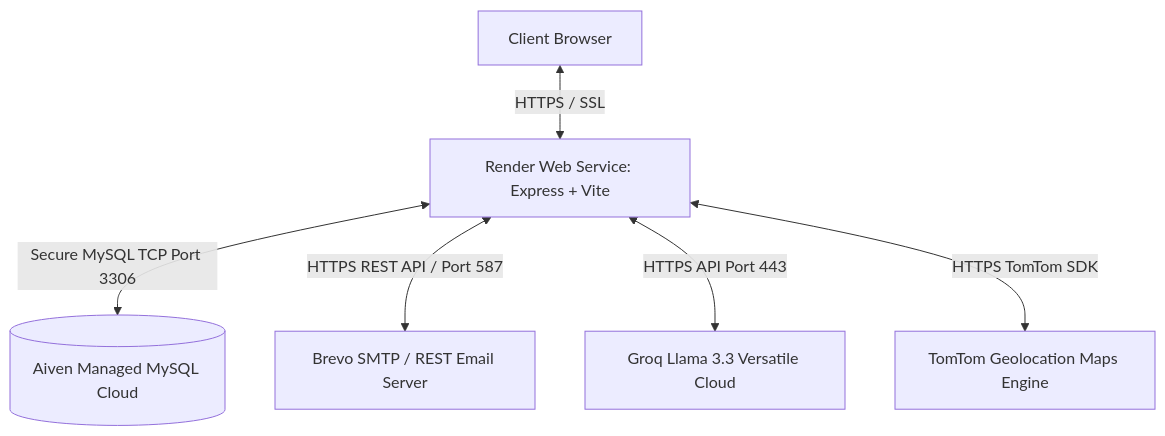
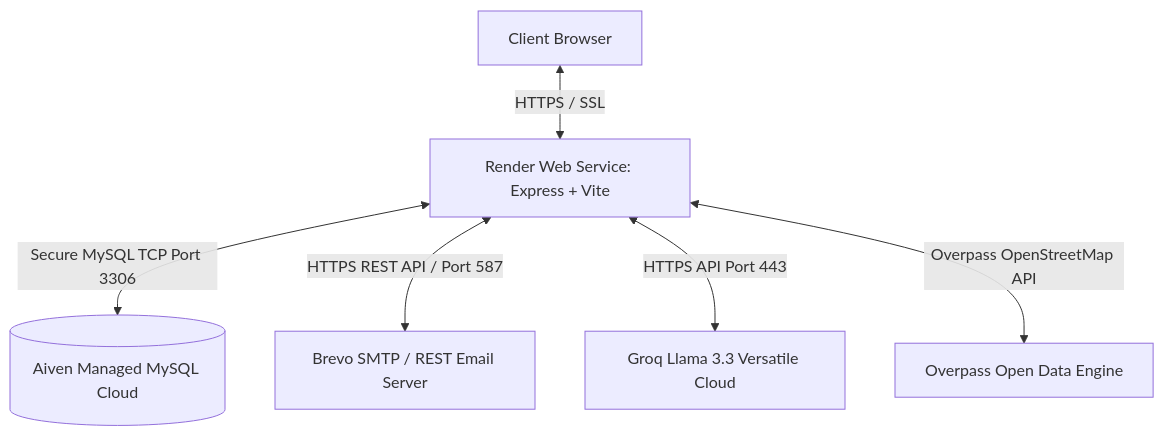
The first of 4 diagrams in PROJECT_OVERVIEW.md (nsuryachandra16-tech/Chikista), drawn with Mermaid before and after one commit. The commit also changed other lines of this file, not shown here.

Commit message:
Correct mapping details to use OpenStreetMap Overpass API instead of TomTom

````diff
--- a/PROJECT_OVERVIEW.md
+++ b/PROJECT_OVERVIEW.md
@@ -11,8 +11,8 @@
 ```mermaid
 graph TD
     User[Client Browser] <-->|HTTPS / SSL| Render[Render Web Service: Express + Vite]
     Render <-->|Secure MySQL TCP Port 3306| Aiven[(Aiven Managed MySQL Cloud)]
     Render <-->|HTTPS REST API / Port 587| Brevo[Brevo SMTP / REST Email Server]
     Render <-->|HTTPS API Port 443| Groq[Groq Llama 3.3 Versatile Cloud]
-    Render <-->|HTTPS TomTom SDK| TomTom[TomTom Geolocation Maps Engine]
+    Render <-->|Overpass OpenStreetMap API| OSM[Overpass Open Data Engine]
 ```
````
